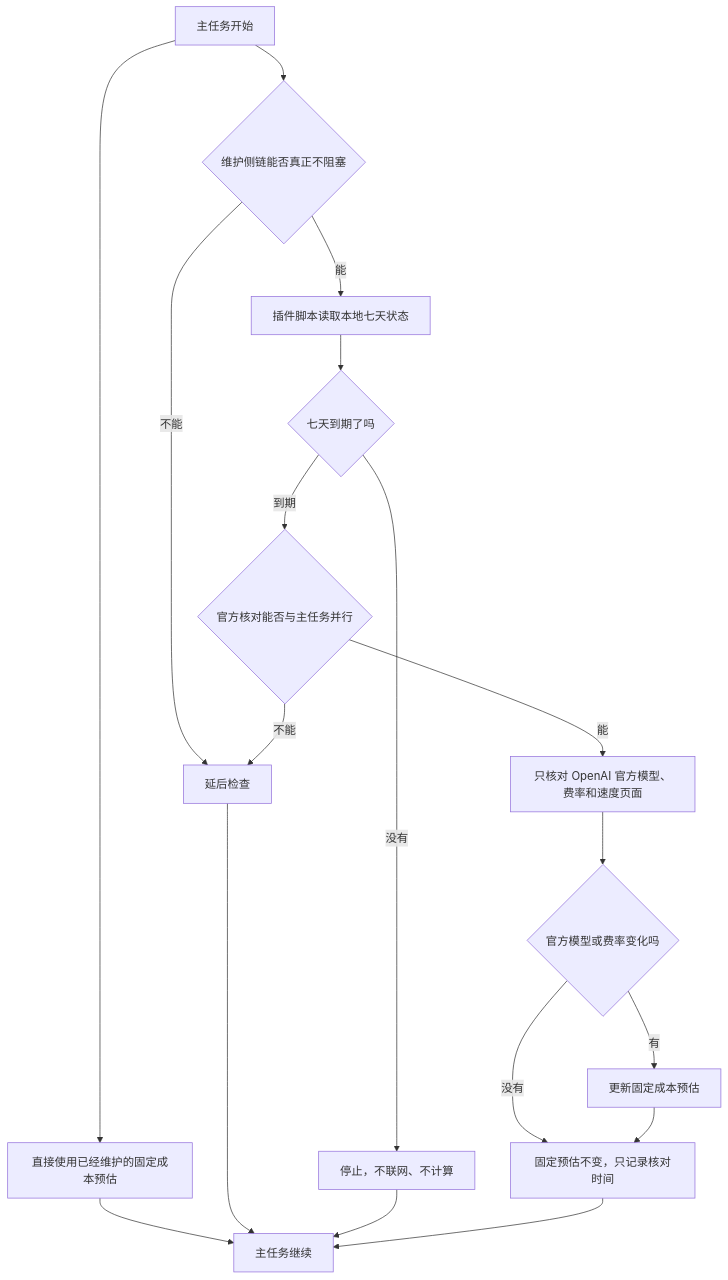
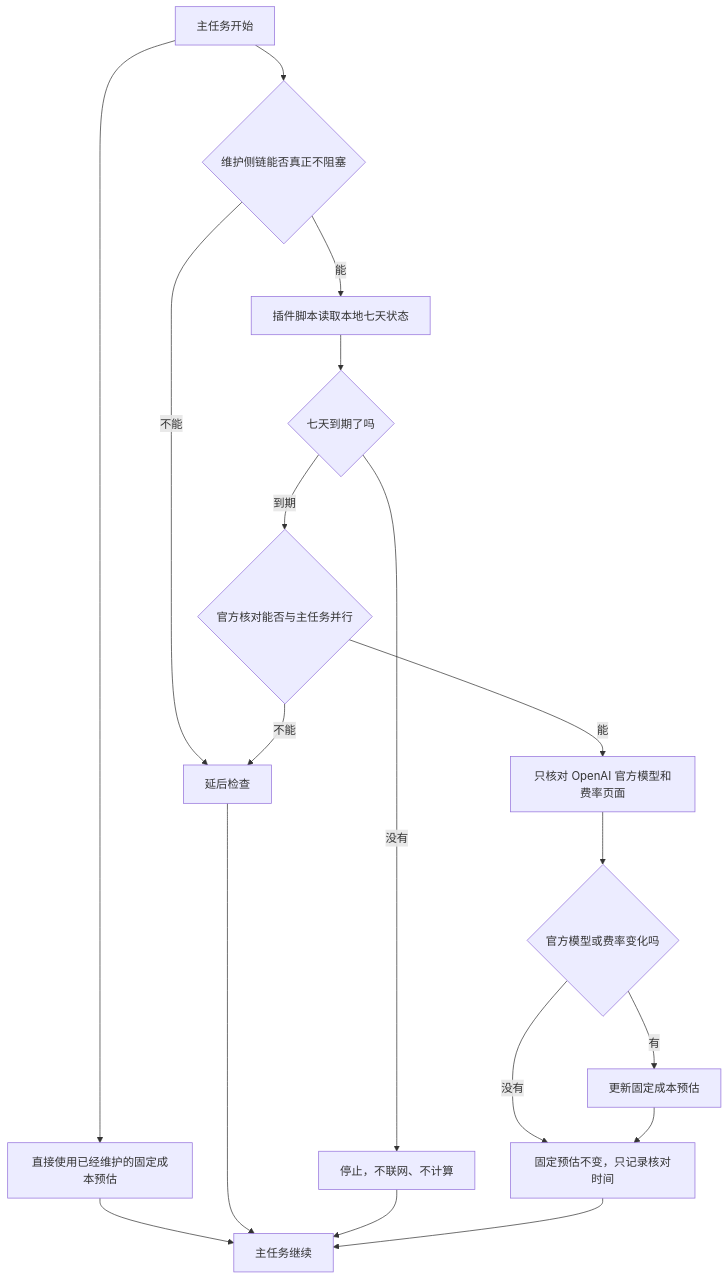
Before and after one commit to Lang45/codex-lean-stack: the fourth of 13 diagrams in skills/lean-stack/references/flowcharts-zh.md, drawn with Mermaid. The commit also changed other lines of this file and 9 other files, not shown here.

````diff
--- a/skills/lean-stack/references/flowcharts-zh.md
+++ b/skills/lean-stack/references/flowcharts-zh.md
@@ -329,20 +329,20 @@
 ```mermaid
 flowchart TD
     A[主任务开始] --> B[直接使用已经维护的固定成本预估]
     A --> C{维护侧链能否真正不阻塞}
     C -->|不能| D[延后检查]
     C -->|能| E[插件脚本读取本地七天状态]
     E --> F{七天到期了吗}
     F -->|没有| G[停止，不联网、不计算]
     F -->|到期| H{官方核对能否与主任务并行}
     H -->|不能| D
-    H -->|能| I[只核对 OpenAI 官方模型、费率和速度页面]
+    H -->|能| I[只核对 OpenAI 官方模型和费率页面]
     I --> J{官方模型或费率变化吗}
     J -->|没有| K[固定预估不变，只记录核对时间]
     J -->|有| L[更新固定成本预估]
     L --> K
     B --> M[主任务继续]
     D --> M
     G --> M
     K --> M
 ```
````
